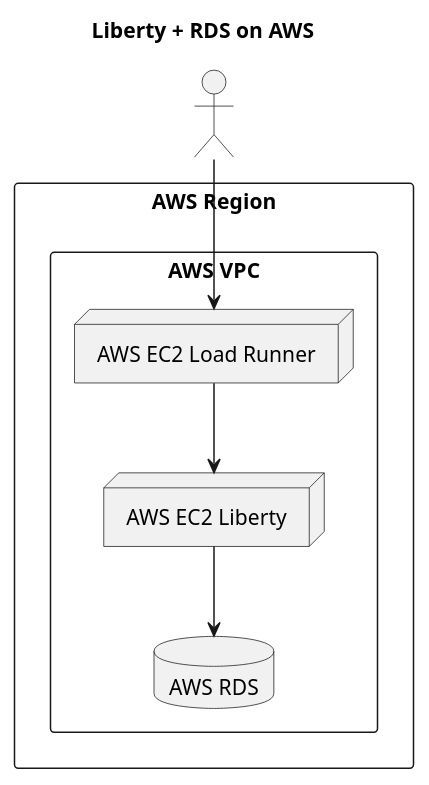
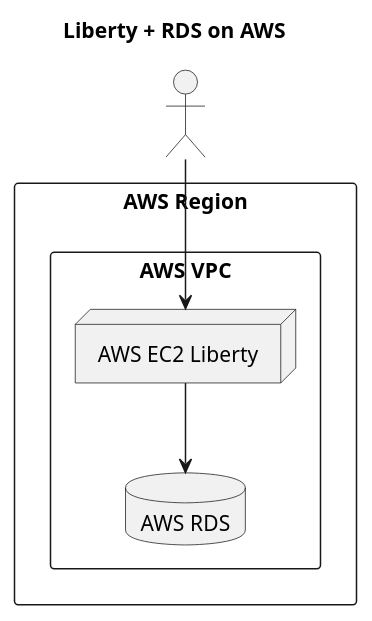
Before and after one commit to kgibm/exercisedb: the diagram in exercisedb_aws.plantuml, drawn with PlantUML. The commit also changed 1 other file, not shown here.

Commit message:
Update diagram

```diff
--- a/exercisedb_aws.plantuml
+++ b/exercisedb_aws.plantuml
@@ -1,23 +1,21 @@
 @startuml
 
 title Liberty + RDS on AWS
 
 skinparam monochrome true
 skinparam DefaultTextAlignment center
 scale 1.0
 
 actor user1 as " "
 
 rectangle region1 as "AWS Region" {
   rectangle region1_vpc as "AWS VPC" {
-    node region1_loadrunner as "AWS EC2 Load Runner"
     node region1_appserver1 as "AWS EC2 Liberty"
     database region1_rds as "AWS RDS"
   }
 }
 
-user1 --> region1_loadrunner
-region1_loadrunner --> region1_appserver1
+user1 --> region1_appserver1
 region1_appserver1 --> region1_rds
 
 @enduml
```
